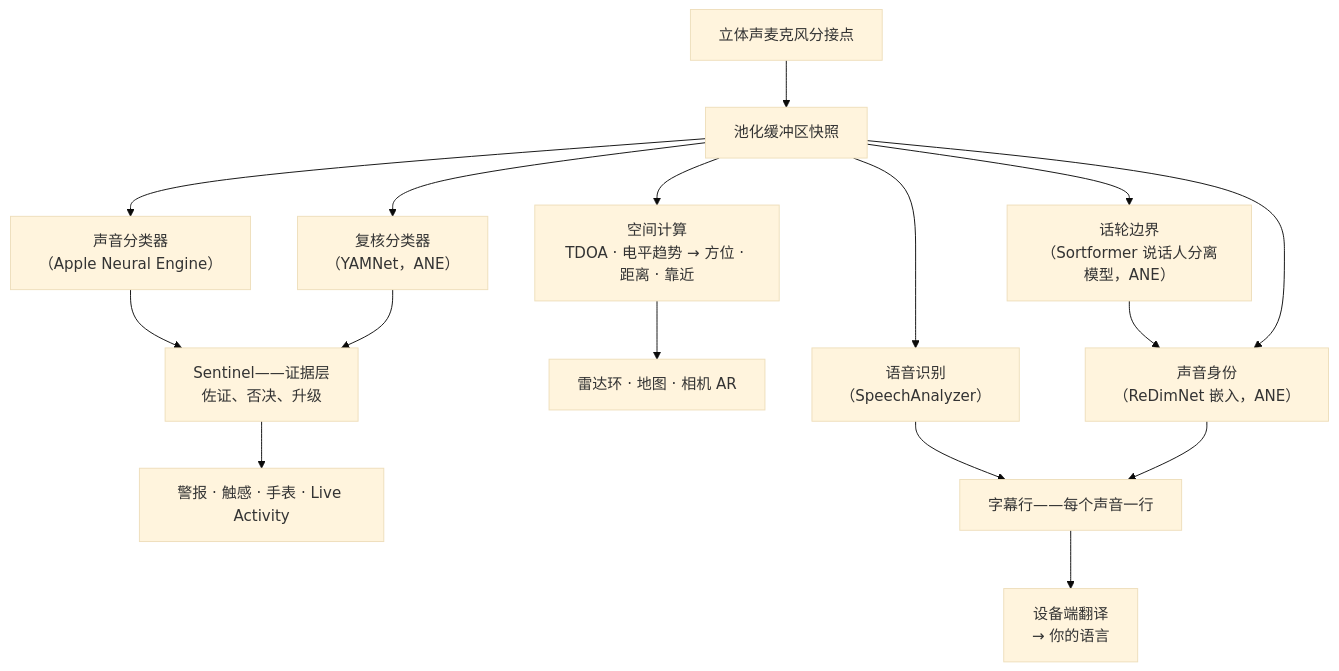
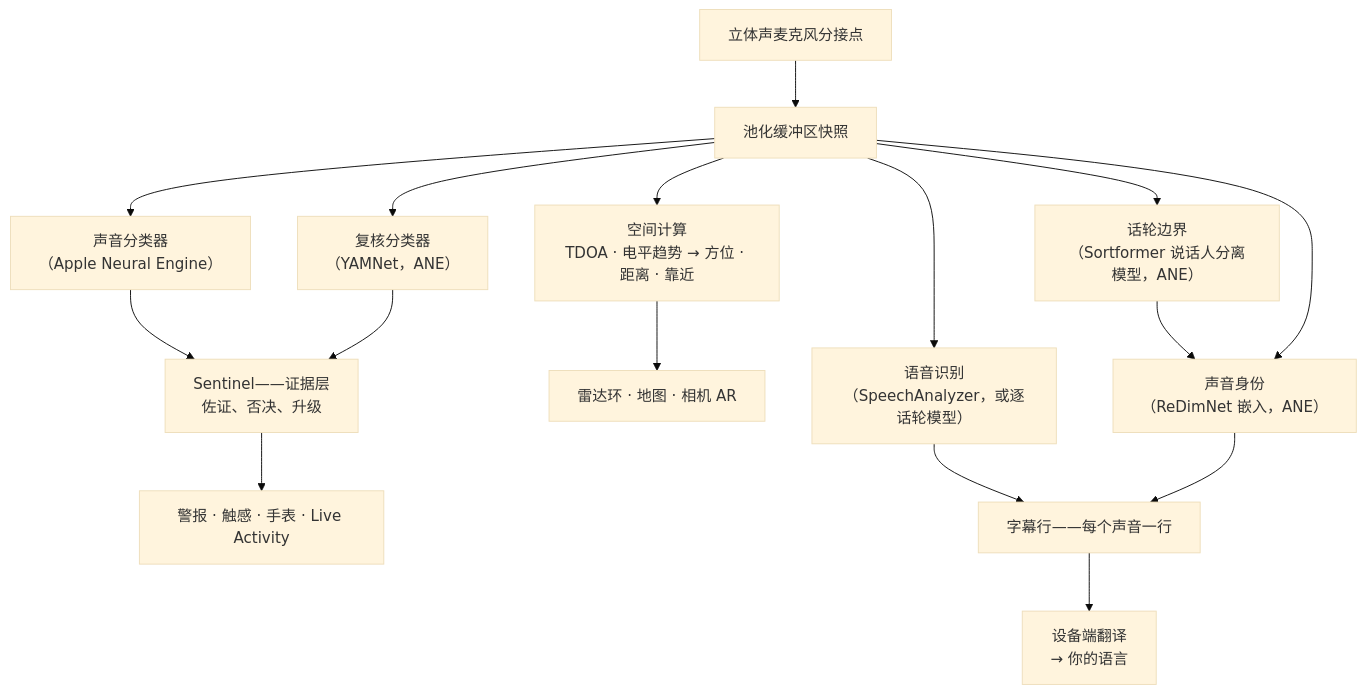
One commit to rpalm01-star/VigilantEarLegal changed the second of 4 diagrams in README_zh-Hans.md. Above: the diagram before and after it, drawn with Mermaid (base theme). The commit also changed other lines of this file and 14 other files, not shown here.

````diff
--- a/README_zh-Hans.md
+++ b/README_zh-Hans.md
@@ -134,18 +145,18 @@
 ```mermaid
 graph TD
     A["立体声麦克风分接点"] --> B["池化缓冲区快照"]
     B --> C["声音分类器<br/>（Apple Neural Engine）"]
     B --> Y["复核分类器<br/>（YAMNet，ANE）"]
     C --> S["Sentinel——证据层<br/>佐证、否决、升级"]
     Y --> S
     S --> H["警报 · 触感 · 手表 · Live Activity"]
     B --> D["空间计算<br/>TDOA · 电平趋势 → 方位 · 距离 · 靠近"]
     D --> R["雷达环 · 地图 · 相机 AR"]
-    B --> F["语音识别<br/>（SpeechAnalyzer）"]
+    B --> F["语音识别<br/>（SpeechAnalyzer，或逐话轮模型）"]
     B --> N["话轮边界<br/>（Sortformer 说话人分离模型，ANE）"]
     N --> E["声音身份<br/>（ReDimNet 嵌入，ANE）"]
     B --> E
     F --> G["字幕行——每个声音一行"]
     E --> G
     G --> T["设备端翻译<br/>→ 你的语言"]
 ```
````
